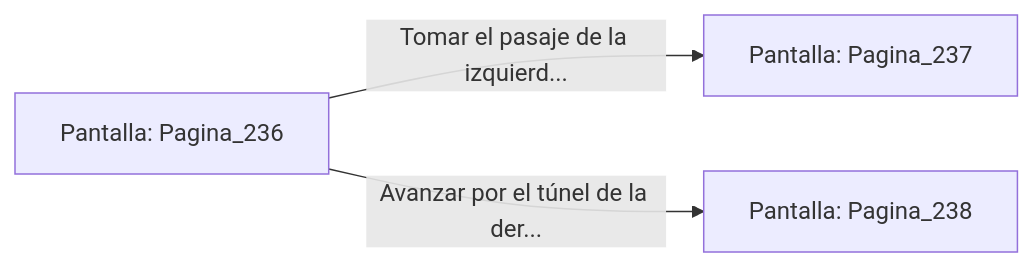
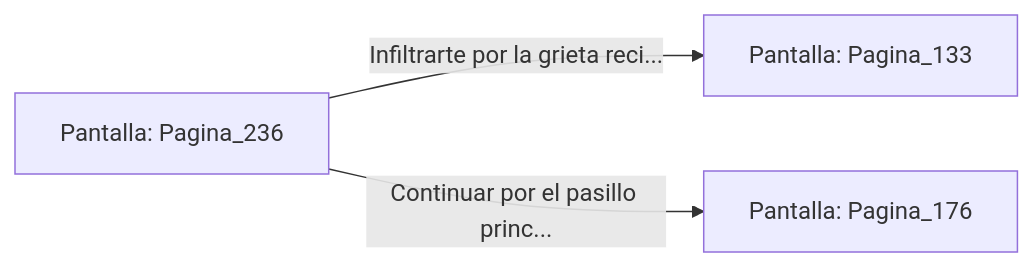
Before and after one commit to metsuke/mpl: the diagram in sample/eligejuego-vault/Pantalla_Pagina_236.md, drawn with Mermaid. The commit also changed other lines of this file and 635 other files, not shown here.

First line of the commit message:
fix: añadir Pagina_1 como pantalla inicial en capitulo_01.mpl

````diff
--- a/sample/eligejuego-vault/Pantalla_Pagina_236.md
+++ b/sample/eligejuego-vault/Pantalla_Pagina_236.md
@@ -20,6 +22,6 @@
 ```mermaid
 graph LR
     P_Pagina_236["Pantalla: Pagina_236"]
-    P_Pagina_236 -->|"Tomar el pasaje de la izquierd..."| P_Pagina_237["Pantalla: Pagina_237"]
-    P_Pagina_236 -->|"Avanzar por el túnel de la der..."| P_Pagina_238["Pantalla: Pagina_238"]
+    P_Pagina_236 -->|"Infiltrarte por la grieta reci..."| P_Pagina_133["Pantalla: Pagina_133"]
+    P_Pagina_236 -->|"Continuar por el pasillo princ..."| P_Pagina_176["Pantalla: Pagina_176"]
 ```
````
